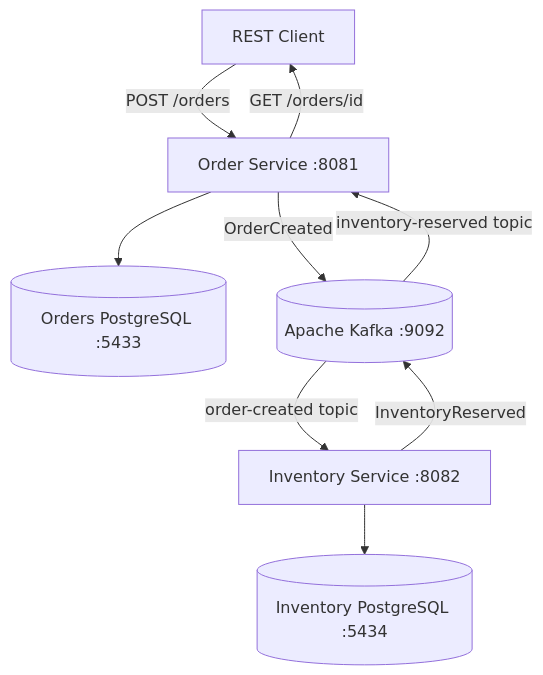
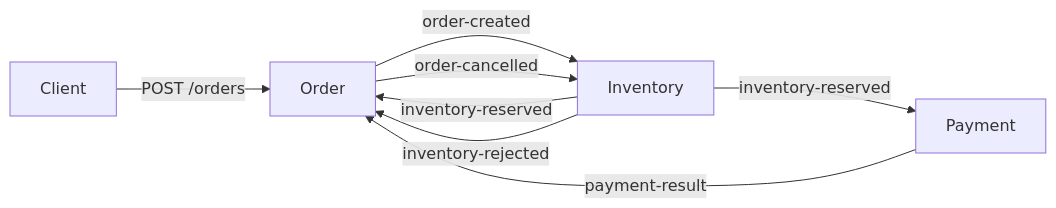
One commit to Lylio/distributed-commerce-platform changed the diagram in README.md. Above: the diagram before and after it, drawn with Mermaid. The commit also changed other lines of this file and 118 other files, not shown here.

````diff
--- a/README.md
+++ b/README.md
@@ -5,11 +13,10 @@
 ```mermaid
-flowchart TD
-    Client[REST Client] -->|POST /orders| Orders[Order Service :8081]
-    Orders --> OrderDB[(Orders PostgreSQL :5433)]
-    Orders -->|OrderCreated| Kafka[(Apache Kafka :9092)]
-    Kafka -->|order-created topic| Inventory[Inventory Service :8082]
-    Inventory --> InventoryDB[(Inventory PostgreSQL :5434)]
-    Inventory -->|InventoryReserved| Kafka
-    Kafka -->|inventory-reserved topic| Orders
-    Orders -->|GET /orders/id| Client
+flowchart LR
+    Client -->|POST /orders| Order
+    Order -->|order-created| Inventory
+    Inventory -->|inventory-reserved| Order
+    Inventory -->|inventory-reserved| Payment
+    Inventory -->|inventory-rejected| Order
+    Payment -->|payment-result| Order
+    Order -->|order-cancelled| Inventory
 ```
````
